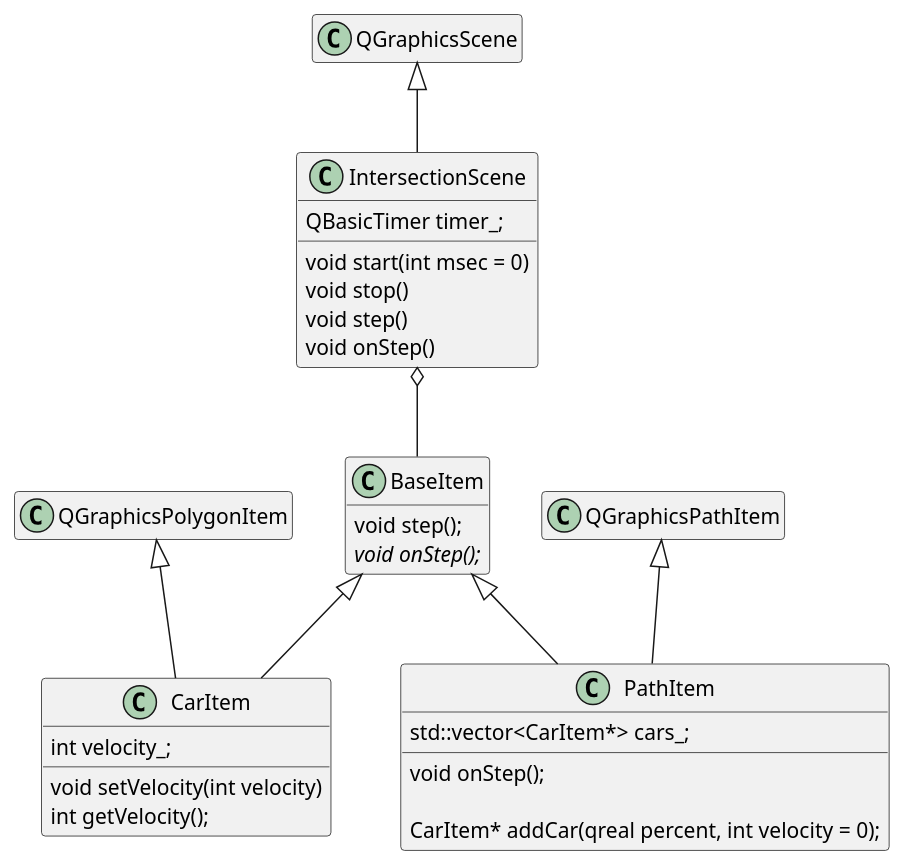
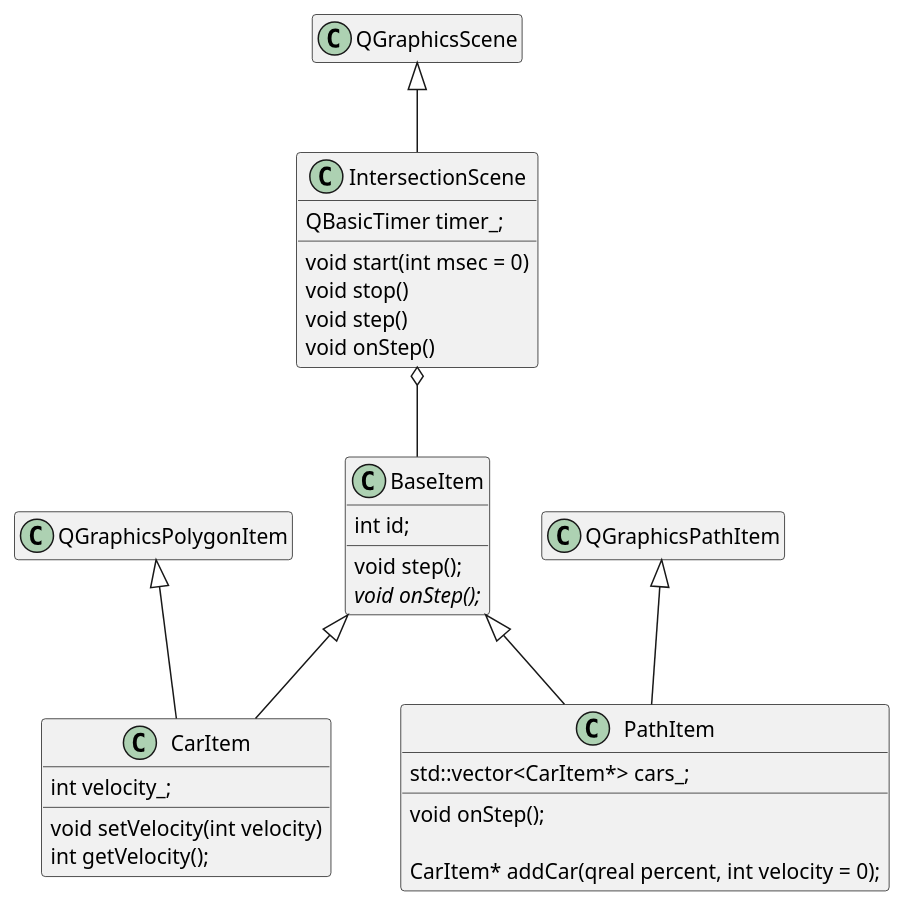
The diagram in classes.plantuml (dpietruchowski/smart-intersections), drawn with PlantUML before and after one commit. The commit also changed 16 other files, not shown here.

```diff
--- a/classes.plantuml
+++ b/classes.plantuml
@@ -1,45 +1,47 @@
 @startuml classes
 
 hide empty members
 
 
 class IntersectionScene {
     void start(int msec = 0)
     void stop()
     void step()
     void onStep()
 
     QBasicTimer timer_;
 }
 
 QGraphicsScene <|-- IntersectionScene
 
 IntersectionScene o-- BaseItem
 
 class BaseItem {
     void step();
     {abstract} void onStep();
+
+    int id;
 }
 
 class CarItem {
     void setVelocity(int velocity)
     int getVelocity();
 
     int velocity_;
 }
 
 QGraphicsPolygonItem <|-- CarItem
 BaseItem <|-- CarItem
 
 class PathItem {
     void onStep();
 
     CarItem* addCar(qreal percent, int velocity = 0);
 
     std::vector<CarItem*> cars_;
 }
 
 QGraphicsPathItem <|-- PathItem
 BaseItem <|-- PathItem
 
 @enduml
```
